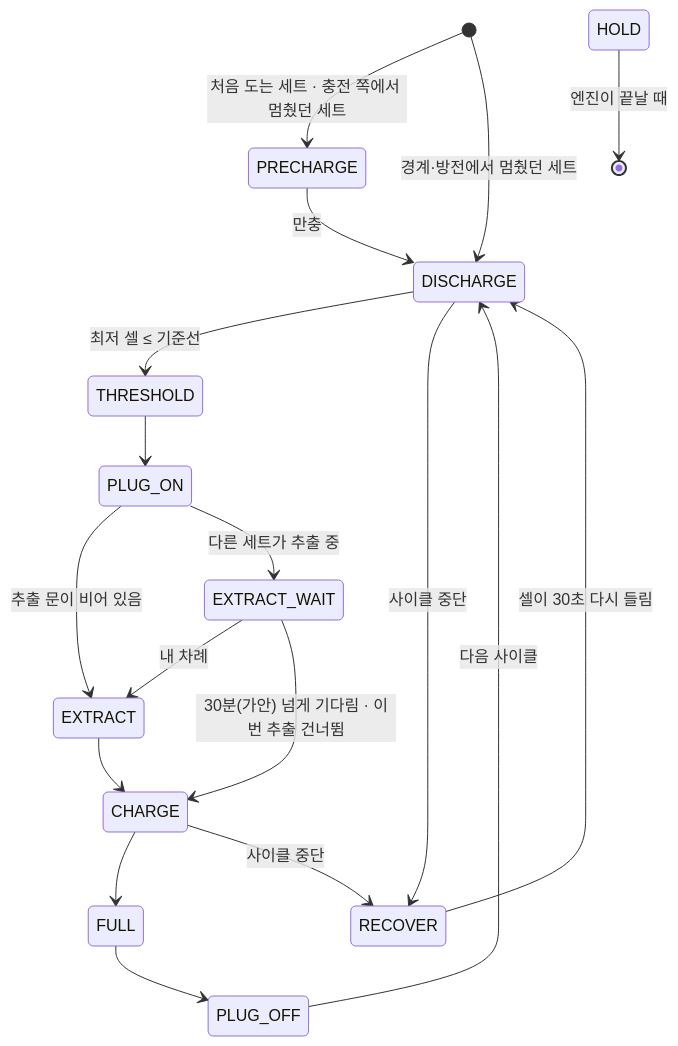
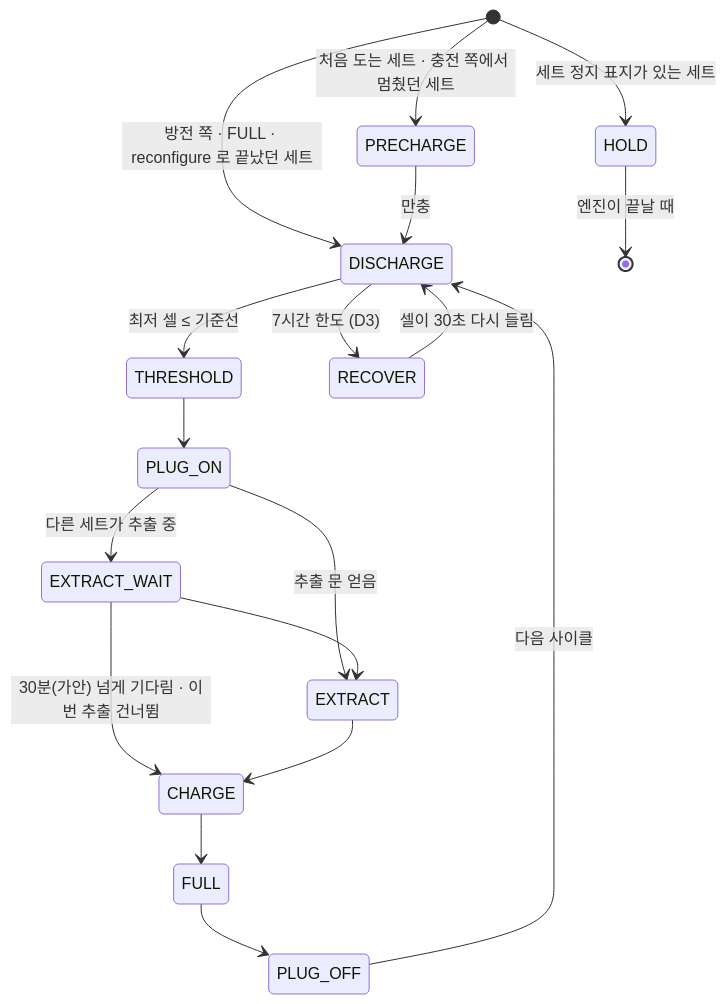
Before and after one commit to GeonwooKim-fitogether/QA-Automation-Test-Room: the third of 6 diagrams in cell-bench/docs/design/multi-set-plan.md, drawn with Mermaid. The commit also changed other lines of this file, not shown here.

````diff
--- a/cell-bench/docs/design/multi-set-plan.md
+++ b/cell-bench/docs/design/multi-set-plan.md
@@ -124,20 +136,20 @@
 ```mermaid
 stateDiagram-v2
   [*] --> PRECHARGE: 처음 도는 세트 · 충전 쪽에서 멈췄던 세트
-  [*] --> DISCHARGE: 경계·방전에서 멈췄던 세트
+  [*] --> DISCHARGE: 방전 쪽 · FULL · reconfigure 로 끝났던 세트
+  [*] --> HOLD: 세트 정지 표지가 있는 세트
   PRECHARGE --> DISCHARGE: 만충
   DISCHARGE --> THRESHOLD: 최저 셀 ≤ 기준선
+  DISCHARGE --> RECOVER: 7시간 한도 (D3)
   THRESHOLD --> PLUG_ON
-  PLUG_ON --> EXTRACT: 추출 문이 비어 있음
+  PLUG_ON --> EXTRACT: 추출 문 얻음
   PLUG_ON --> EXTRACT_WAIT: 다른 세트가 추출 중
-  EXTRACT_WAIT --> EXTRACT: 내 차례
+  EXTRACT_WAIT --> EXTRACT
   EXTRACT_WAIT --> CHARGE: 30분(가안) 넘게 기다림 · 이번 추출 건너뜀
   EXTRACT --> CHARGE
   CHARGE --> FULL
   FULL --> PLUG_OFF
   PLUG_OFF --> DISCHARGE: 다음 사이클
-  DISCHARGE --> RECOVER: 사이클 중단
-  CHARGE --> RECOVER: 사이클 중단
   RECOVER --> DISCHARGE: 셀이 30초 다시 들림
   HOLD --> [*]: 엔진이 끝날 때
 ```
````
